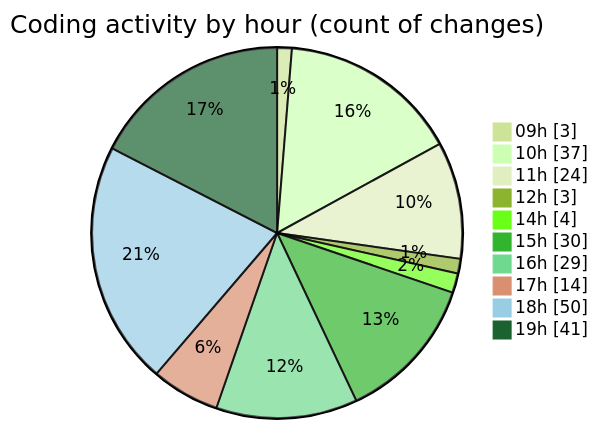
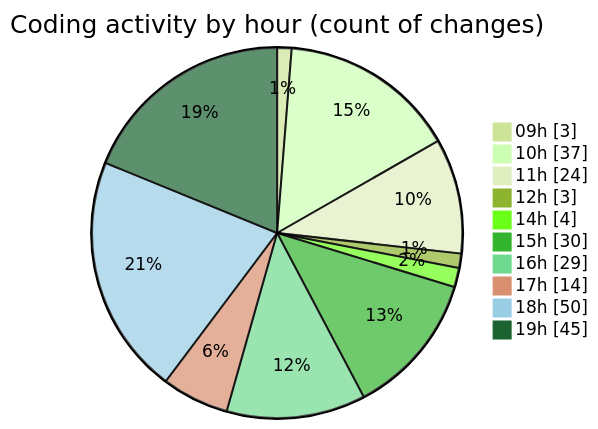
The second of 2 diagrams in 2025-05-02/ecodeli/README.md (CELIANVF/code-tracking), drawn with Mermaid (forest theme) before and after one commit. The commit also changed other lines of this file and 1 other file, not shown here.

````diff
--- a/2025-05-02/ecodeli/README.md
+++ b/2025-05-02/ecodeli/README.md
@@ -105,14 +105,14 @@
 ```mermaid
 pie showData
 title Coding activity by hour (count of changes)
 "09h" : 3
 "10h" : 37
 "11h" : 24
 "12h" : 3
 "14h" : 4
 "15h" : 30
 "16h" : 29
 "17h" : 14
 "18h" : 50
-"19h" : 41
+"19h" : 45
 ```
````
